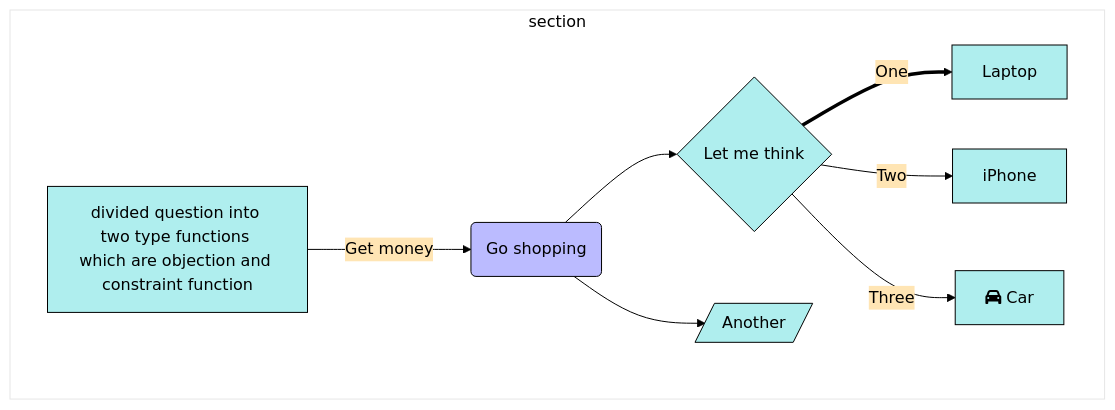
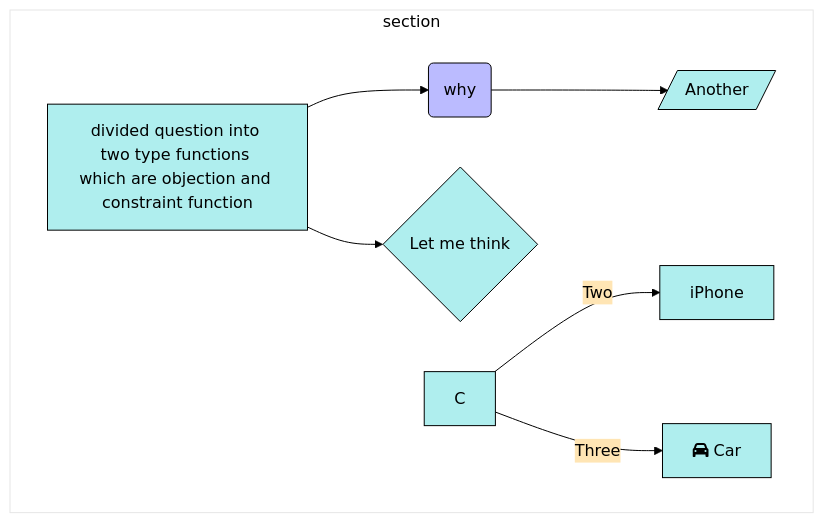
Before and after one commit to Yin-Tzu/Learning_ML: the diagram in question_divided_into_two_function.md, drawn with Mermaid. The commit also changed other lines of this file, not shown here.

````diff
--- a/question_divided_into_two_function.md
+++ b/question_divided_into_two_function.md
@@ -10,25 +12,24 @@
 ```mermaid
 %%{
   init: {
     'theme': 'base',
     'themeVariables': {
       'primaryColor': '#AFEEEE',
       'primaryTextColor': '#000000',
       'primaryBorderColor': '#000000',
       'lineColor': '#000000',
       'secondaryColor': '#FFE5B4',
       'tertiaryColor': '#fff'
     }
   }
 }%%
         graph TD
           subgraph section
-          A[divided question into two type functions which are objection and constraint function] -->|Get money| B(Go shopping)
-          B --> C{Let me think}
+          A[divided question into two type functions which are objection and constraint function] --> B(why)
+          A --> D{Let me think}
           B --> G[/Another/]
-          C ==>|One| D[Laptop]
           C -->|Two| E[iPhone]
           C -->|Three| F[fa:fa-car Car]
           style B fill:#bbf
           end
 ```
````
